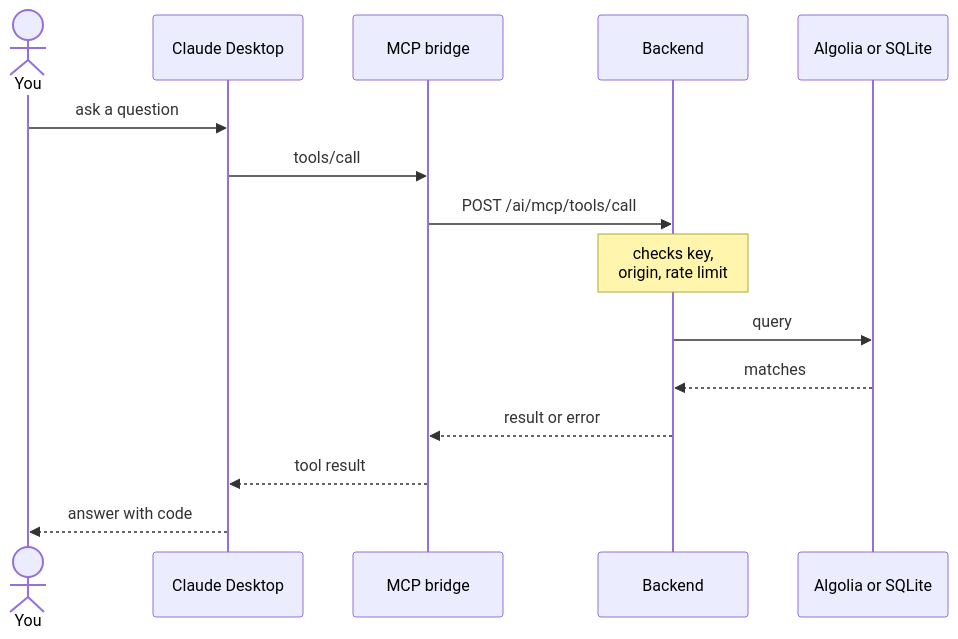
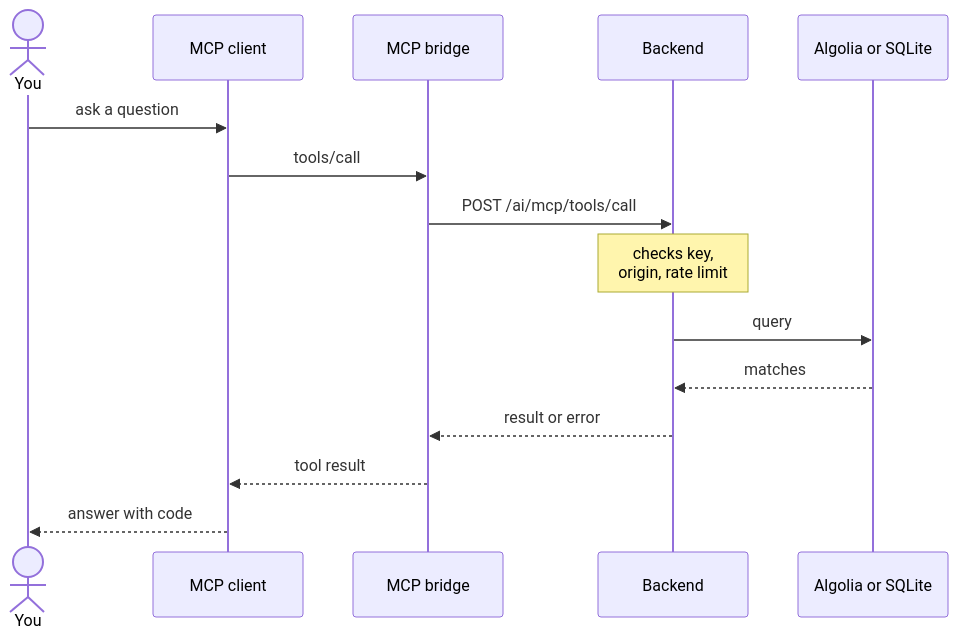
Before and after one commit to ntanwir10/codesage-algolia-challenge: the eighth of 8 diagrams in README.md, drawn with Mermaid. The commit also changed other lines of this file and 6 other files, not shown here.

````diff
--- a/README.md
+++ b/README.md
@@ -174,17 +174,17 @@
 ```mermaid
 sequenceDiagram
     actor You
-    participant Claude as Claude Desktop
+    participant Claude as MCP client
     participant Bridge as MCP bridge
     participant API as Backend
     participant Data as Algolia or SQLite
     You->>Claude: ask a question
     Claude->>Bridge: tools/call
     Bridge->>API: POST /ai/mcp/tools/call
     Note over API: checks key,<br/>origin, rate limit
     API->>Data: query
     Data-->>API: matches
     API-->>Bridge: result or error
     Bridge-->>Claude: tool result
     Claude-->>You: answer with code
 ```
````
